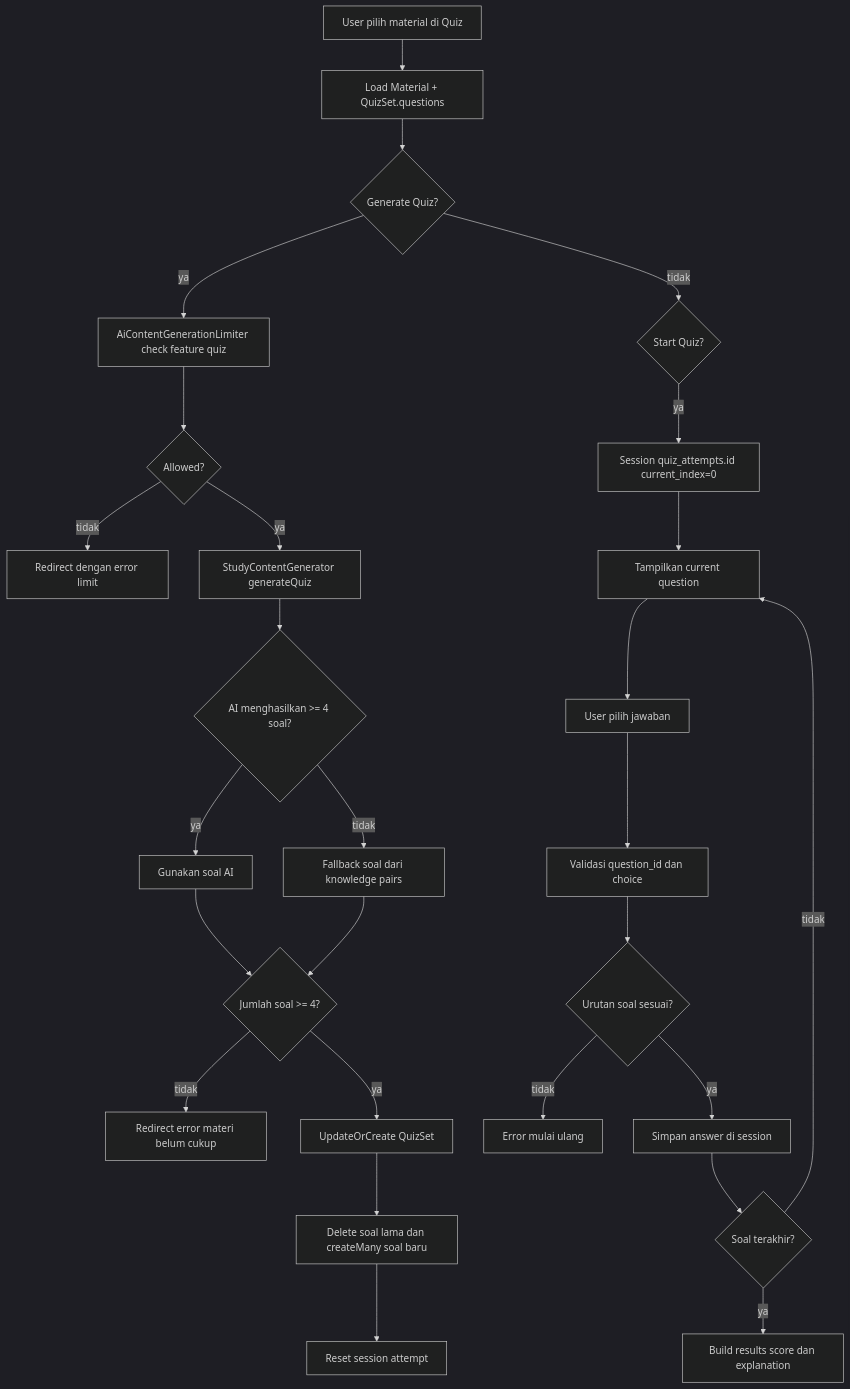
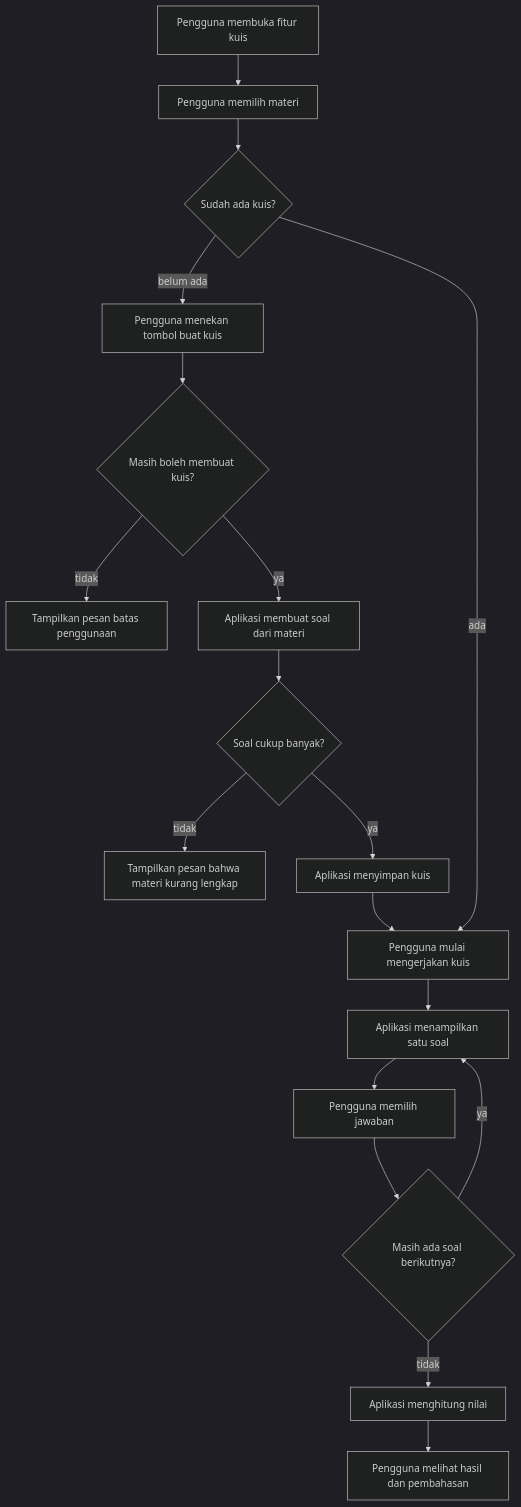
The fifth of 10 diagrams in DIAGRAM_REPOSITORY.md (M-Aqilaz/Pelajarin.ai), drawn with Mermaid (dark theme) before and after one commit. The commit also changed other lines of this file, not shown here.

````diff
--- a/DIAGRAM_REPOSITORY.md
+++ b/DIAGRAM_REPOSITORY.md
@@ -287,29 +245,20 @@
 ```mermaid
 flowchart TD
-    A[User pilih material di Quiz] --> B[Load Material + QuizSet.questions]
-    B --> C{Generate Quiz?}
-    C -- ya --> D[AiContentGenerationLimiter check feature quiz]
-    D --> E{Allowed?}
-    E -- tidak --> F[Redirect dengan error limit]
-    E -- ya --> G[StudyContentGenerator generateQuiz]
-    G --> H{AI menghasilkan >= 4 soal?}
-    H -- ya --> I[Gunakan soal AI]
-    H -- tidak --> J[Fallback soal dari knowledge pairs]
-    I --> K{Jumlah soal >= 4?}
+    A[Pengguna membuka fitur kuis] --> B[Pengguna memilih materi]
+    B --> C{Sudah ada kuis?}
+    C -- belum ada --> D[Pengguna menekan tombol buat kuis]
+    D --> E{Masih boleh membuat kuis?}
+    E -- tidak --> F[Tampilkan pesan batas penggunaan]
+    E -- ya --> G[Aplikasi membuat soal dari materi]
+    G --> H{Soal cukup banyak?}
+    H -- tidak --> I[Tampilkan pesan bahwa materi kurang lengkap]
+    H -- ya --> J[Aplikasi menyimpan kuis]
+    C -- ada --> K[Pengguna mulai mengerjakan kuis]
     J --> K
-    K -- tidak --> L[Redirect error materi belum cukup]
-    K -- ya --> M[UpdateOrCreate QuizSet]
-    M --> N[Delete soal lama dan createMany soal baru]
-    N --> O[Reset session attempt]
-    C -- tidak --> P{Start Quiz?}
-    P -- ya --> Q[Session quiz_attempts.id current_index=0]
-    Q --> R[Tampilkan current question]
-    R --> S[User pilih jawaban]
-    S --> T[Validasi question_id dan choice]
-    T --> U{Urutan soal sesuai?}
-    U -- tidak --> V[Error mulai ulang]
-    U -- ya --> W[Simpan answer di session]
-    W --> X{Soal terakhir?}
-    X -- tidak --> R
-    X -- ya --> Y[Build results score dan explanation]
+    K --> L[Aplikasi menampilkan satu soal]
+    L --> M[Pengguna memilih jawaban]
+    M --> N{Masih ada soal berikutnya?}
+    N -- ya --> L
+    N -- tidak --> O[Aplikasi menghitung nilai]
+    O --> P[Pengguna melihat hasil dan pembahasan]
 ```
````
